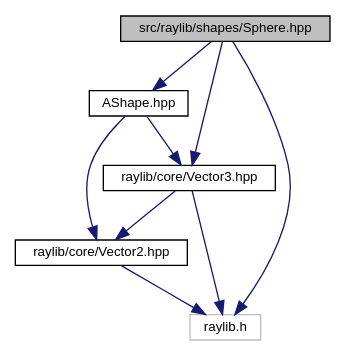
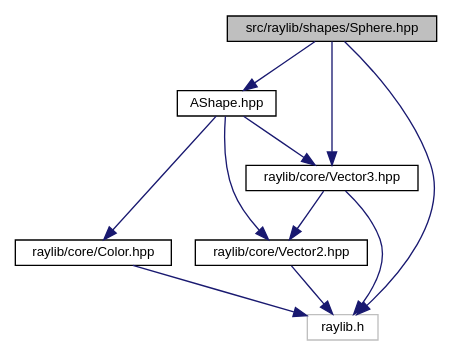
The diagram in _sphere_8hpp__incl.dot (MisterPeModder/Bomberman-Global-Offensive), drawn with Graphviz before and after one commit. The commit also changed 98 other files, not shown here.

```diff
--- a/_sphere_8hpp__incl.dot
+++ b/_sphere_8hpp__incl.dot
@@ -1,19 +1,22 @@
 digraph "src/raylib/shapes/Sphere.hpp"
 {
  // LATEX_PDF_SIZE
   edge [fontname="Helvetica",fontsize="10",labelfontname="Helvetica",labelfontsize="10"];
   node [fontname="Helvetica",fontsize="10",shape=record];
   Node1 [label="src/raylib/shapes/Sphere.hpp",height=0.2,width=0.4,color="black", fillcolor="grey75", style="filled", fontcolor="black",tooltip=" "];
   Node1 -> Node2 [color="midnightblue",fontsize="10",style="solid",fontname="Helvetica"];
   Node2 [label="AShape.hpp",height=0.2,width=0.4,color="black", fillcolor="white", style="filled",URL="$_a_shape_8hpp.html",tooltip=" "];
   Node2 -> Node3 [color="midnightblue",fontsize="10",style="solid",fontname="Helvetica"];
-  Node3 [label="raylib/core/Vector2.hpp",height=0.2,width=0.4,color="black", fillcolor="white", style="filled",URL="$_vector2_8hpp.html",tooltip=" "];
+  Node3 [label="raylib/core/Color.hpp",height=0.2,width=0.4,color="black", fillcolor="white", style="filled",URL="$_color_8hpp.html",tooltip=" "];
   Node3 -> Node4 [color="midnightblue",fontsize="10",style="solid",fontname="Helvetica"];
   Node4 [label="raylib.h",height=0.2,width=0.4,color="grey75", fillcolor="white", style="filled",tooltip=" "];
   Node2 -> Node5 [color="midnightblue",fontsize="10",style="solid",fontname="Helvetica"];
-  Node5 [label="raylib/core/Vector3.hpp",height=0.2,width=0.4,color="black", fillcolor="white", style="filled",URL="$_vector3_8hpp.html",tooltip=" "];
-  Node5 -> Node3 [color="midnightblue",fontsize="10",style="solid",fontname="Helvetica"];
+  Node5 [label="raylib/core/Vector2.hpp",height=0.2,width=0.4,color="black", fillcolor="white", style="filled",URL="$_vector2_8hpp.html",tooltip=" "];
   Node5 -> Node4 [color="midnightblue",fontsize="10",style="solid",fontname="Helvetica"];
-  Node1 -> Node5 [color="midnightblue",fontsize="10",style="solid",fontname="Helvetica"];
+  Node2 -> Node6 [color="midnightblue",fontsize="10",style="solid",fontname="Helvetica"];
+  Node6 [label="raylib/core/Vector3.hpp",height=0.2,width=0.4,color="black", fillcolor="white", style="filled",URL="$_vector3_8hpp.html",tooltip=" "];
+  Node6 -> Node5 [color="midnightblue",fontsize="10",style="solid",fontname="Helvetica"];
+  Node6 -> Node4 [color="midnightblue",fontsize="10",style="solid",fontname="Helvetica"];
+  Node1 -> Node6 [color="midnightblue",fontsize="10",style="solid",fontname="Helvetica"];
   Node1 -> Node4 [color="midnightblue",fontsize="10",style="solid",fontname="Helvetica"];
 }
```
